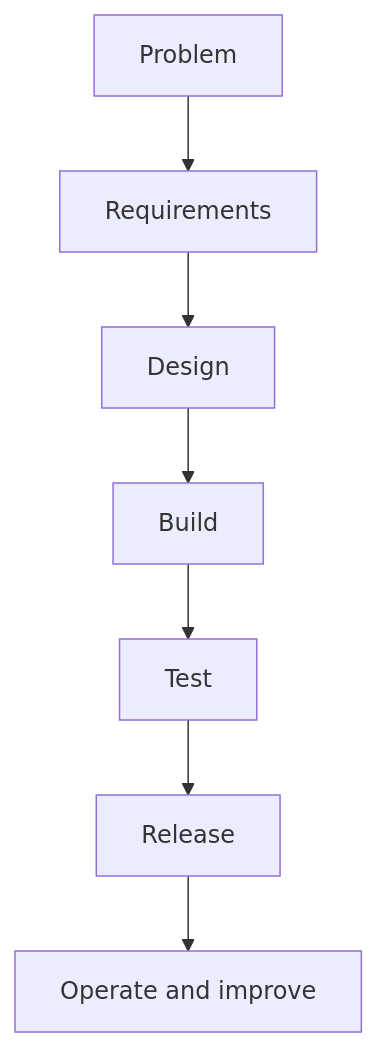
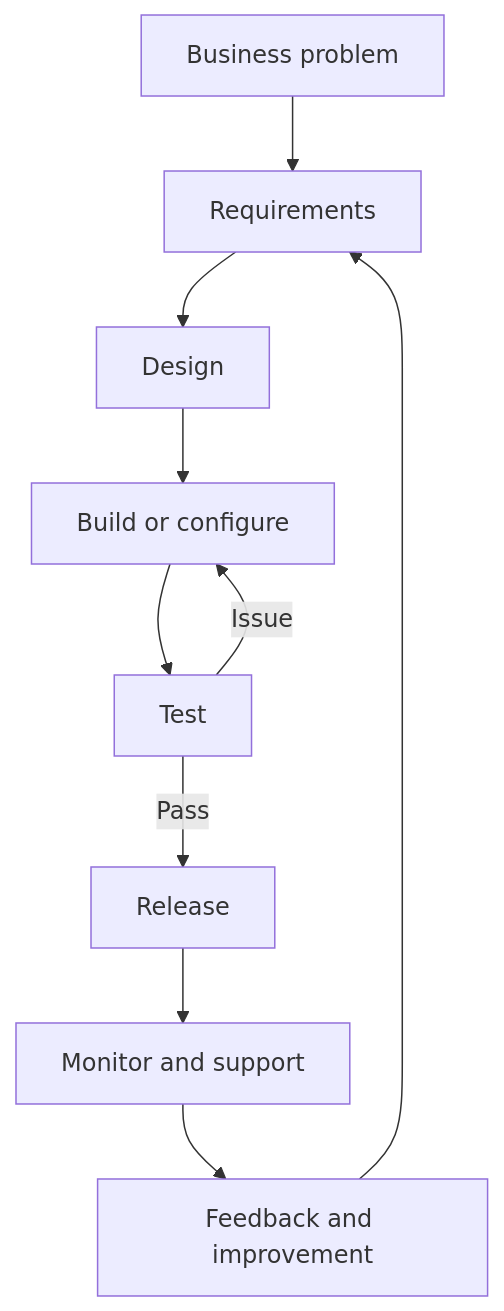
The first of 2 diagrams in docs/01-software-it-fundamentals.md (kumarbarupalsandeep-max/Software-), drawn with Mermaid before and after one commit. The commit also changed other lines of this file, not shown here.

Commit message:
Deepen chapter 01 with beginner-friendly explanations, case study, diagrams and practice lab

````diff
--- a/docs/01-software-it-fundamentals.md
+++ b/docs/01-software-it-fundamentals.md
@@ -50,9 +60,12 @@
 ```mermaid
 flowchart TD
-A[Problem] --> B[Requirements]
-B --> C[Design]
-C --> D[Build]
-D --> E[Test]
-E --> F[Release]
-F --> G[Operate and improve]
+    A[Business problem] --> B[Requirements]
+    B --> C[Design]
+    C --> D[Build or configure]
+    D --> E[Test]
+    E -->|Pass| F[Release]
+    E -->|Issue| D
+    F --> G[Monitor and support]
+    G --> H[Feedback and improvement]
+    H --> B
 ```
````
